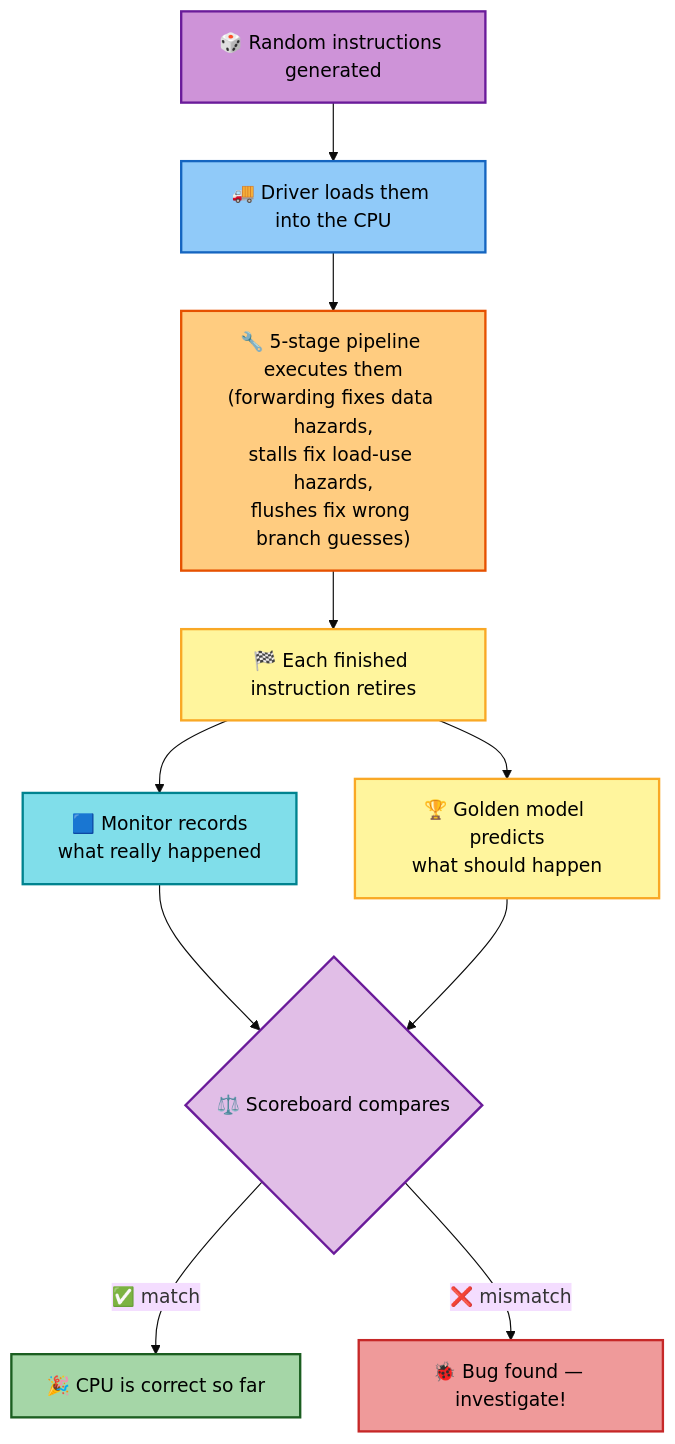
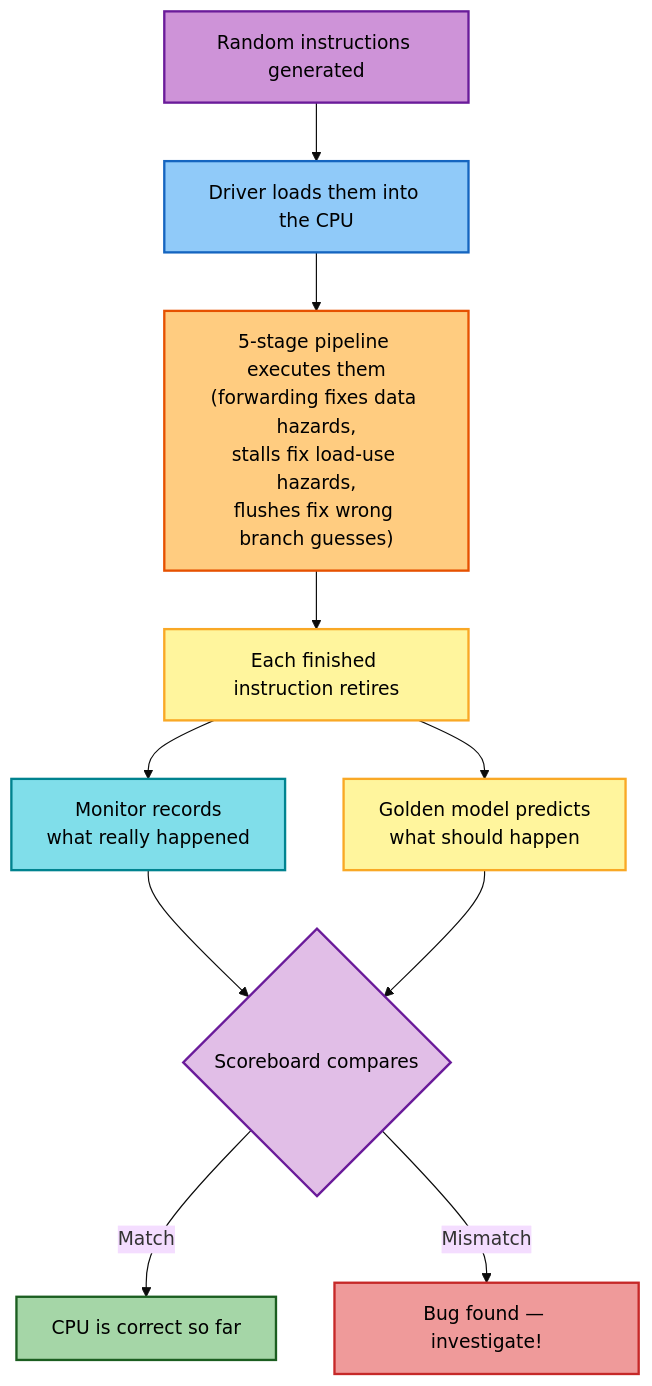
The tenth of 10 diagrams in README.md (hjsanjana/riscv-uvm-pipeline), drawn with Mermaid (base theme) before and after one commit. The commit also changed other lines of this file, not shown here.

Commit message:
Remove emoji from README, keep colors and diagrams

````diff
--- a/README.md
+++ b/README.md
@@ -415,23 +414,23 @@
 ```mermaid
 flowchart TD
-    A["🎲 Random instructions generated"]:::gen
-    A --> B["🚚 Driver loads them into the CPU"]:::drv
-    B --> C["🔧 5-stage pipeline executes them<br/>(forwarding fixes data hazards,<br/>stalls fix load-use hazards,<br/>flushes fix wrong branch guesses)"]:::dut
-    C --> D["🏁 Each finished instruction retires"]:::retire
-    D --> E["🟦 Monitor records<br/>what really happened"]:::mon
-    D --> F["🏆 Golden model predicts<br/>what should happen"]:::gold
-    E --> G{"⚖️ Scoreboard compares"}:::judge
+    A["Random instructions generated"]:::gen
+    A --> B["Driver loads them into the CPU"]:::drv
+    B --> C["5-stage pipeline executes them<br/>(forwarding fixes data hazards,<br/>stalls fix load-use hazards,<br/>flushes fix wrong branch guesses)"]:::dut
+    C --> D["Each finished instruction retires"]:::retire
+    D --> E["Monitor records<br/>what really happened"]:::mon
+    D --> F["Golden model predicts<br/>what should happen"]:::gold
+    E --> G{"Scoreboard compares"}:::judge
     F --> G
-    G -- "✅ match" --> H["🎉 CPU is correct so far"]:::good
-    G -- "❌ mismatch" --> I["🐞 Bug found — investigate!"]:::bad
+    G -- "Match" --> H["CPU is correct so far"]:::good
+    G -- "Mismatch" --> I["Bug found — investigate!"]:::bad
 
     classDef gen fill:#ce93d8,stroke:#6a1b9a,color:#000,stroke-width:2px
     classDef drv fill:#90caf9,stroke:#1565c0,color:#000,stroke-width:2px
     classDef dut fill:#ffcc80,stroke:#e65100,color:#000,stroke-width:2px
     classDef retire fill:#fff59d,stroke:#f9a825,color:#000,stroke-width:2px
     classDef mon fill:#80deea,stroke:#00838f,color:#000,stroke-width:2px
     classDef gold fill:#fff59d,stroke:#f9a825,color:#000,stroke-width:2px
     classDef judge fill:#e1bee7,stroke:#6a1b9a,color:#000,stroke-width:2px
     classDef good fill:#a5d6a7,stroke:#1b5e20,color:#000,stroke-width:2px
     classDef bad fill:#ef9a9a,stroke:#c62828,color:#000,stroke-width:2px
 ```
````
